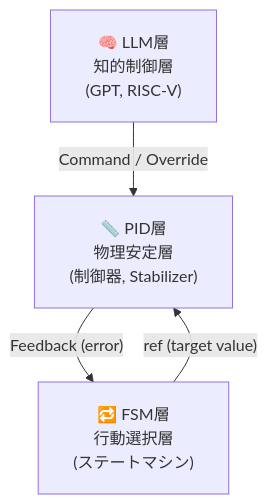
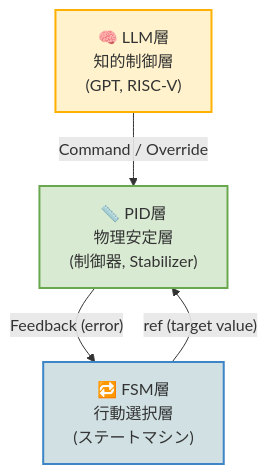
Before and after one commit to Samizo-AITL/Edusemi-v4x: the diagram in f_chapter3_socsystem/docs/3_1_aitl_architecture.md, drawn with Mermaid.

````diff
--- a/f_chapter3_socsystem/docs/3_1_aitl_architecture.md
+++ b/f_chapter3_socsystem/docs/3_1_aitl_architecture.md
@@ -37,14 +37,19 @@
 ```mermaid
-%% Mermaid diagram with color styling
 graph TB
-    %% ノード定義（HTML-like blocksで色設定）
-    LLM["<div style='background:#FFEECC;border:2px solid #FF9900;padding:5px;'>🧠 LLM層<br/>知的制御層<br/>(GPT, RISC-V)</div>"]
-    PID["<div style='background:#D0F0FF;border:2px solid #3399FF;padding:5px;'>📏 PID層<br/>物理安定層<br/>(制御器, Stabilizer)</div>"]
-    FSM["<div style='background:#E0FFE0;border:2px solid #33CC33;padding:5px;'>🔁 FSM層<br/>行動選択層<br/>(ステートマシン)</div>"]
+    LLM["🧠 LLM層<br/>知的制御層<br/>(GPT, RISC-V)"]
+    PID["📏 PID層<br/>物理安定層<br/>(制御器, Stabilizer)"]
+    FSM["🔁 FSM層<br/>行動選択層<br/>(ステートマシン)"]
 
-    %% 接続線
     LLM -->|"Command / Override"| PID
     FSM -->|"ref (target value)"| PID
     PID -->|"Feedback (error)"| FSM
 
+    %% ノードごとにクラス付けして色分け
+    classDef llmClass fill:#FFF2CC,stroke:#FFB000,stroke-width:2px;
+    classDef pidClass fill:#D9EAD3,stroke:#6AA84F,stroke-width:2px;
+    classDef fsmClass fill:#D0E0E3,stroke:#3D85C6,stroke-width:2px;
+
+    class LLM llmClass;
+    class PID pidClass;
+    class FSM fsmClass;
 ```
````
